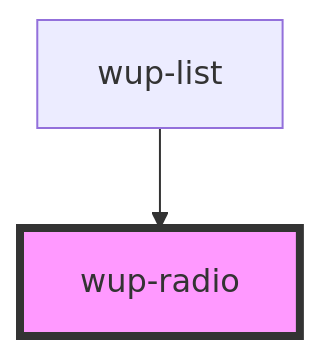
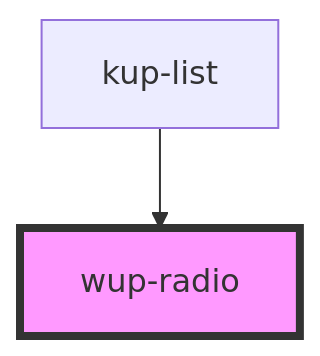
One commit to smeup/ketchup changed the diagram in packages/ketchup/src/components/wup-radio/readme.md. Above: the diagram before and after it, drawn with Mermaid. The commit also changed other lines of this file and 47 other files, not shown here.

````diff
--- a/packages/ketchup/src/components/wup-radio/readme.md
+++ b/packages/ketchup/src/components/wup-radio/readme.md
@@ -37,5 +35,5 @@
 ```mermaid
 graph TD;
-  wup-list --> wup-radio
+  kup-list --> wup-radio
   style wup-radio fill:#f9f,stroke:#333,stroke-width:4px
 ```
````
